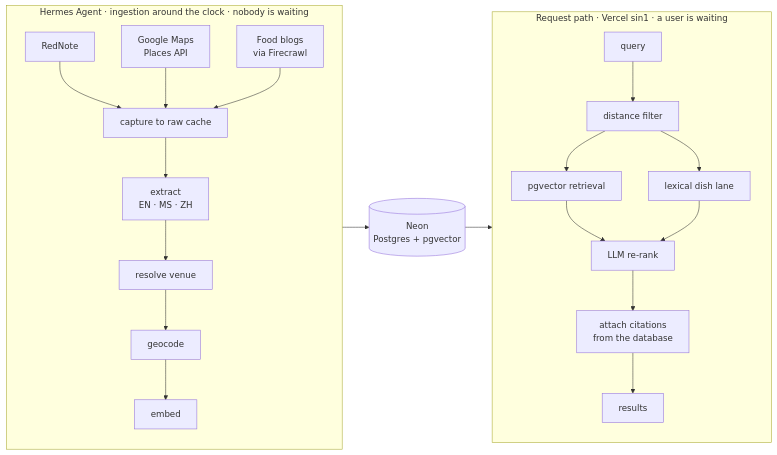
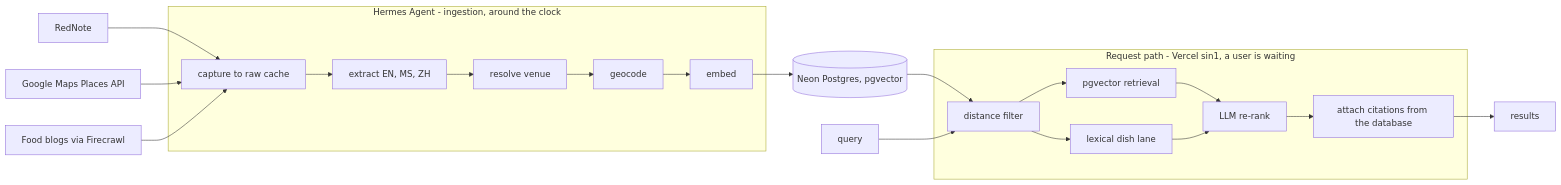
The first of 3 diagrams in docs/README.md (TolongLabs/MakanLah), drawn with Mermaid before and after one commit. The commit also changed other lines of this file and 17 other files, not shown here.

First line of the commit message:
docs(readme): a comic for the problem, phones in a grid, and diagrams github can render (#204)

````diff
--- a/docs/README.md
+++ b/docs/README.md
@@ -166,25 +122,23 @@
 ```mermaid
 flowchart LR
-  subgraph B["Hermes Agent · ingestion around the clock · nobody is waiting"]
-    direction TB
-    RN["RedNote"] --> CAP["capture to raw cache"]
-    GM["Google Maps<br/>Places API"] --> CAP
-    FB["Food blogs<br/>via Firecrawl"] --> CAP
-    CAP --> EX["extract<br/>EN · MS · ZH"]
-    EX --> RV["resolve venue"]
-    RV --> GC["geocode"]
-    GC --> EM["embed"]
+  RN[RedNote] --> CAP
+  GM[Google Maps Places API] --> CAP
+  FB[Food blogs via Firecrawl] --> CAP
+  subgraph HERMES[Hermes Agent - ingestion, around the clock]
+    CAP[capture to raw cache] --> EX[extract EN, MS, ZH]
+    EX --> RV[resolve venue]
+    RV --> GC[geocode]
+    GC --> EM[embed]
   end
-  EM --> DB[("Neon<br/>Postgres + pgvector")]
-  subgraph R["Request path · Vercel sin1 · a user is waiting"]
-    direction TB
-    Q["query"] --> DF["distance filter"]
-    DF --> PV["pgvector retrieval"]
-    DF --> LX["lexical dish lane"]
-    PV --> RR["LLM re-rank"]
+  EM --> DB[(Neon Postgres, pgvector)]
+  DB --> DF
+  Q[query] --> DF
+  subgraph REQ[Request path - Vercel sin1, a user is waiting]
+    DF[distance filter] --> PV[pgvector retrieval]
+    DF --> LX[lexical dish lane]
+    PV --> RR[LLM re-rank]
     LX --> RR
-    RR --> CT["attach citations<br/>from the database"]
-    CT --> OUT["results"]
+    RR --> CT[attach citations from the database]
   end
-  DB --> DF
+  CT --> OUT[results]
 ```
````
